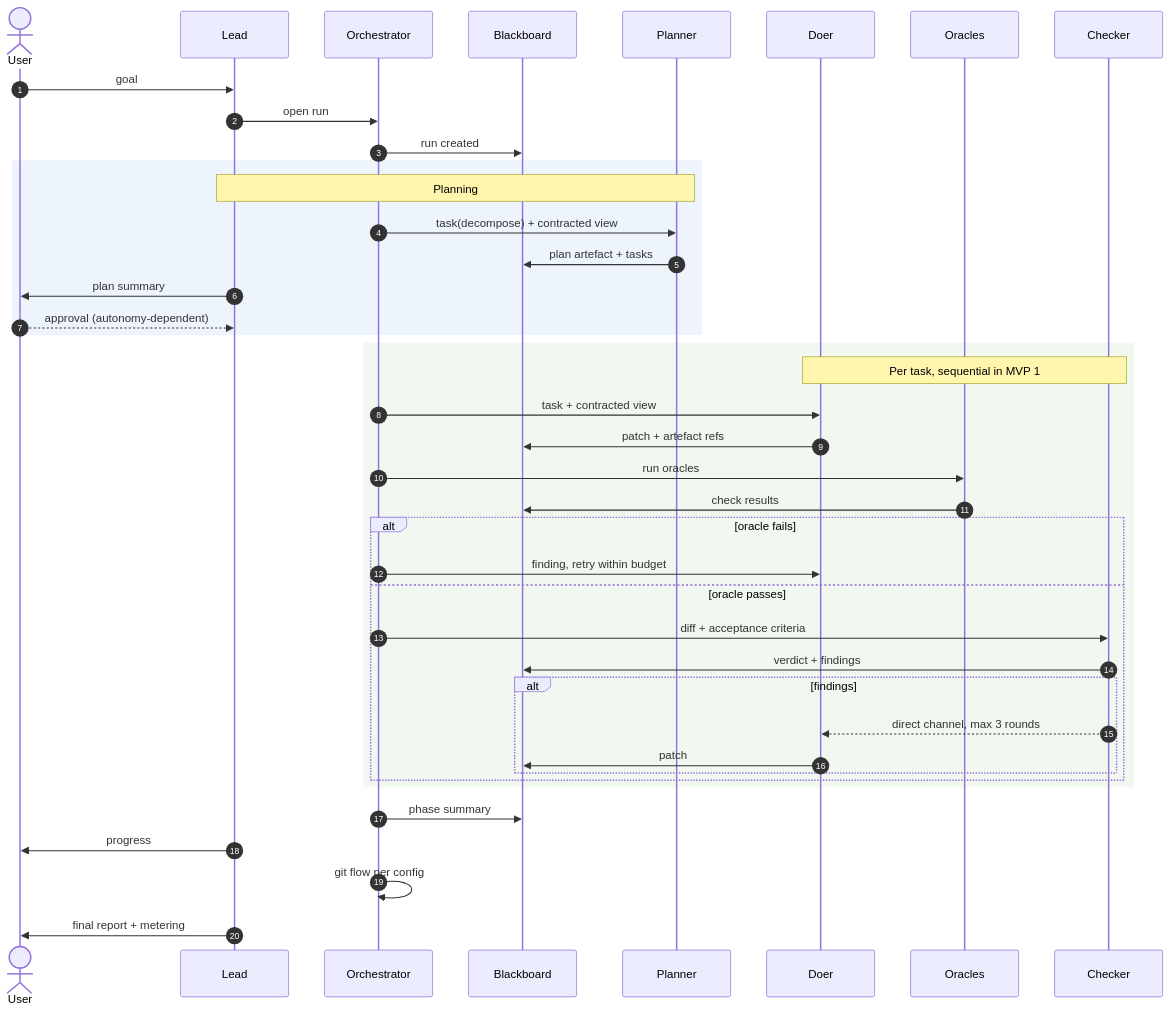
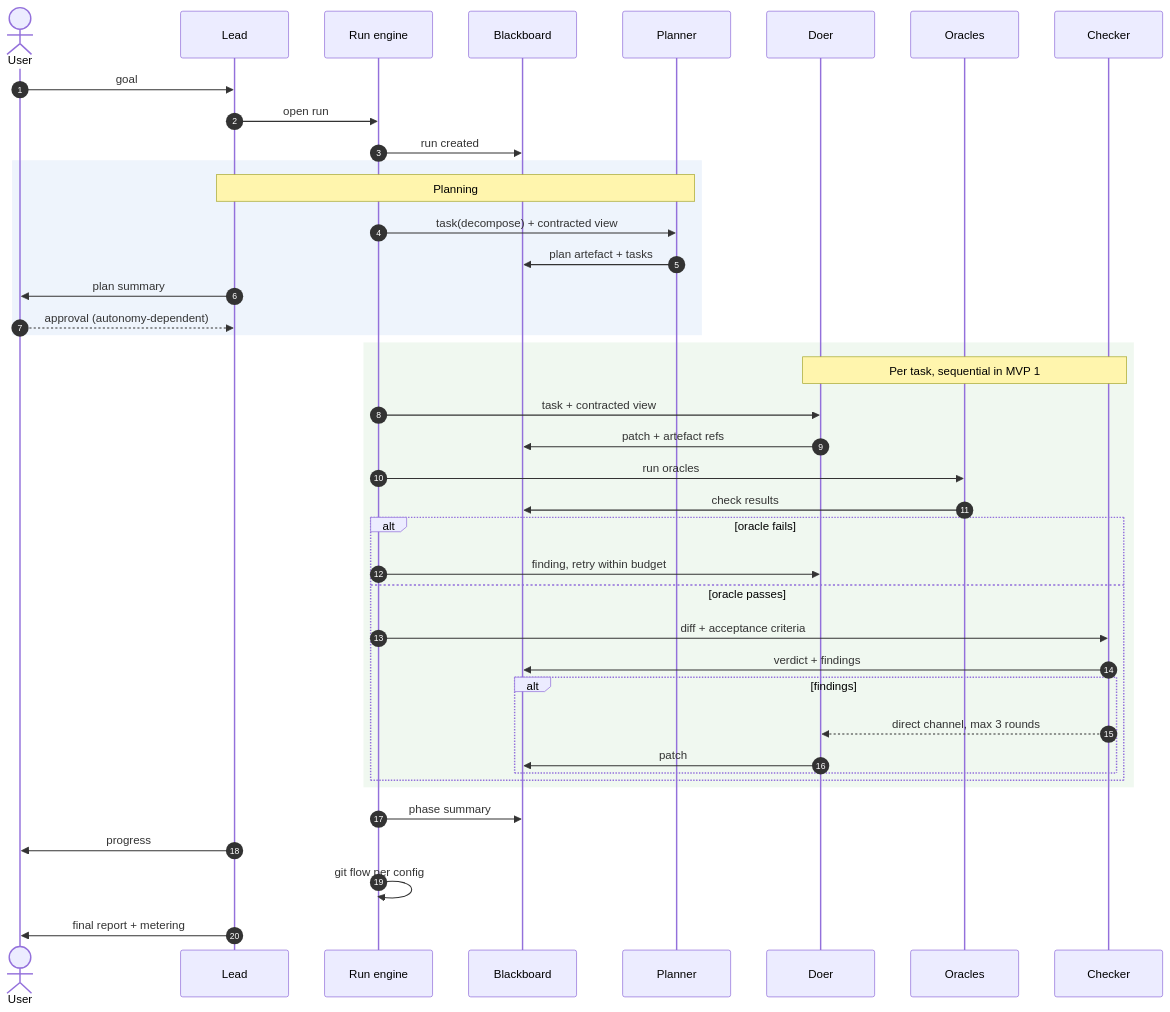
The second of 8 diagrams in docs/architecture.md (baphomello/corifeu), drawn with Mermaid before and after one commit. The commit also changed other lines of this file and 25 other files, not shown here.

````diff
--- a/docs/architecture.md
+++ b/docs/architecture.md
@@ -91,47 +96,47 @@
 ```mermaid
 sequenceDiagram
     autonumber
     actor U as User
     participant L as Lead
-    participant O as Orchestrator
+    participant O as Run engine
     participant B as Blackboard
     participant P as Planner
     participant D as Doer
     participant K as Oracles
     participant C as Checker
 
     U->>L: goal
     L->>O: open run
     O->>B: run created
 
     rect rgb(238, 244, 252)
     note over L,P: Planning
     O->>P: task(decompose) + contracted view
     P->>B: plan artefact + tasks
     L->>U: plan summary
     U-->>L: approval (autonomy-dependent)
     end
 
     rect rgb(240, 248, 240)
     note over D,C: Per task, sequential in MVP 1
     O->>D: task + contracted view
     D->>B: patch + artefact refs
     O->>K: run oracles
     K->>B: check results
     alt oracle fails
         O->>D: finding, retry within budget
     else oracle passes
         O->>C: diff + acceptance criteria
         C->>B: verdict + findings
         alt findings
             C-->>D: direct channel, max 3 rounds
             D->>B: patch
         end
     end
     end
 
     O->>B: phase summary
     L->>U: progress
     O->>O: git flow per config
     L->>U: final report + metering
 ```
````
